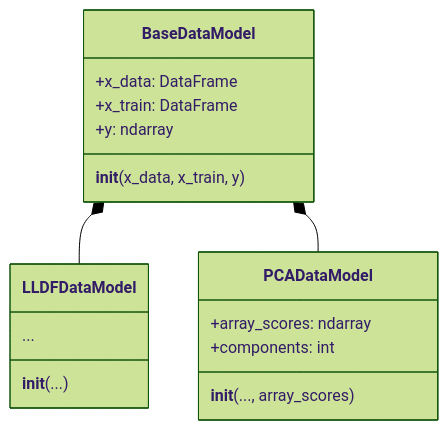
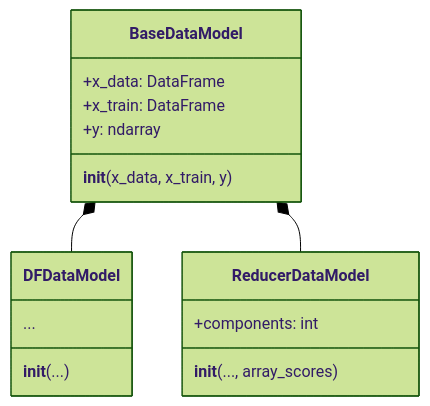
The first of 2 diagrams in docs/cookbook/data-operations.md (f-aguzzi/ChemFuseKit), drawn with Mermaid (forest theme) before and after one commit. The commit also changed other lines of this file and 14 other files, not shown here.

````diff
--- a/docs/cookbook/data-operations.md
+++ b/docs/cookbook/data-operations.md
@@ -11,23 +11,22 @@
 ```mermaid
 classDiagram
     class BaseDataModel {
         +x_data: DataFrame
         +x_train: DataFrame
         +y: ndarray
         __init__(x_data, x_train, y)
     }
 
-    class LLDFDataModel {
+    class DFDataModel {
         ...
         __init__(...)
     }
 
-    class PCADataModel {
-        +array_scores: ndarray
+    class ReducerDataModel {
         +components: int
         __init__(..., array_scores)
     }
 
-    BaseDataModel *-- LLDFDataModel
-    BaseDataModel *-- PCADataModel
+    BaseDataModel *-- DFDataModel
+    BaseDataModel *-- ReducerDataModel
 ```
````
